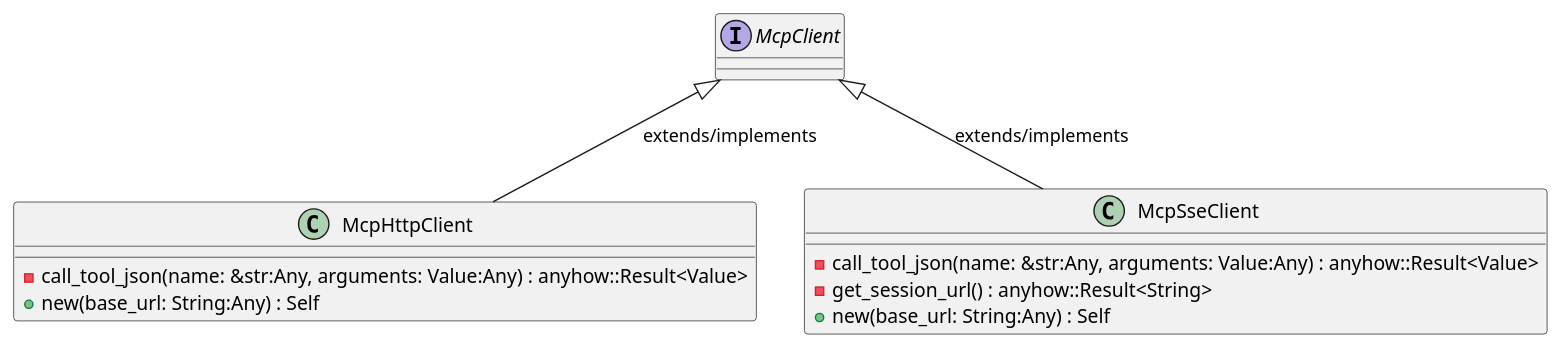
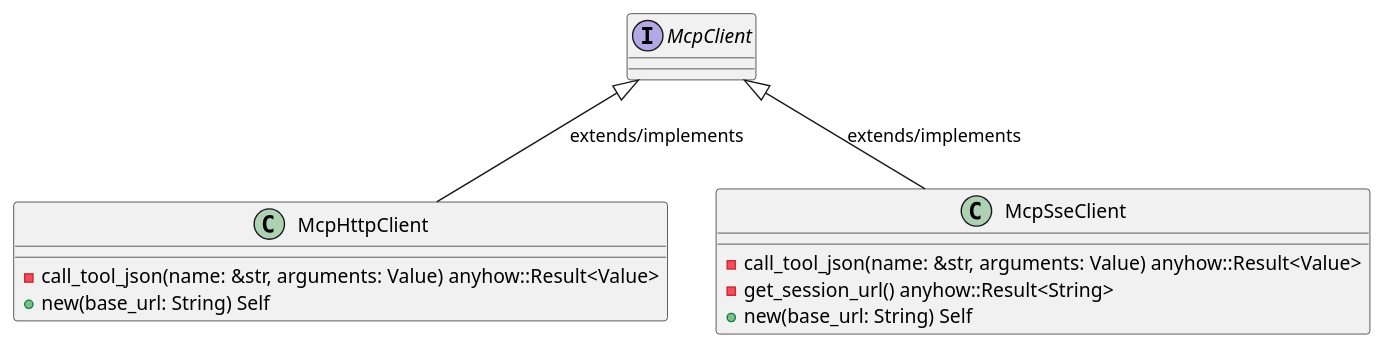
The first of 6 diagrams in openwiki/crates_factory_infrastructure_src_mcp_client.md (lgcorzo/rust_CACD_autonomous_factory), drawn with PlantUML before and after one commit. The commit also changed other lines of this file and 97 other files, not shown here.

First line of the commit message:
Fix Rust AST parsing for method and function parameters, and update OKF UML frontmatter

````diff
--- a/openwiki/crates_factory_infrastructure_src_mcp_client.md
+++ b/openwiki/crates_factory_infrastructure_src_mcp_client.md
@@ -120,18 +125,18 @@
 ```plantuml
 @startuml
 interface McpClient {
 }
 class McpHttpClient {
-    -call_tool_json(name: &str:Any, arguments: Value:Any) : anyhow::Result<Value>
-    +new(base_url: String:Any) : Self
+    -call_tool_json(name: &str, arguments: Value) anyhow::Result<Value>
+    +new(base_url: String) Self
 }
 McpClient <|-- McpHttpClient : extends/implements
 class McpSseClient {
-    -call_tool_json(name: &str:Any, arguments: Value:Any) : anyhow::Result<Value>
-    -get_session_url() : anyhow::Result<String>
-    +new(base_url: String:Any) : Self
+    -call_tool_json(name: &str, arguments: Value) anyhow::Result<Value>
+    -get_session_url() anyhow::Result<String>
+    +new(base_url: String) Self
 }
 McpClient <|-- McpSseClient : extends/implements
 @enduml
 
 ```
````
